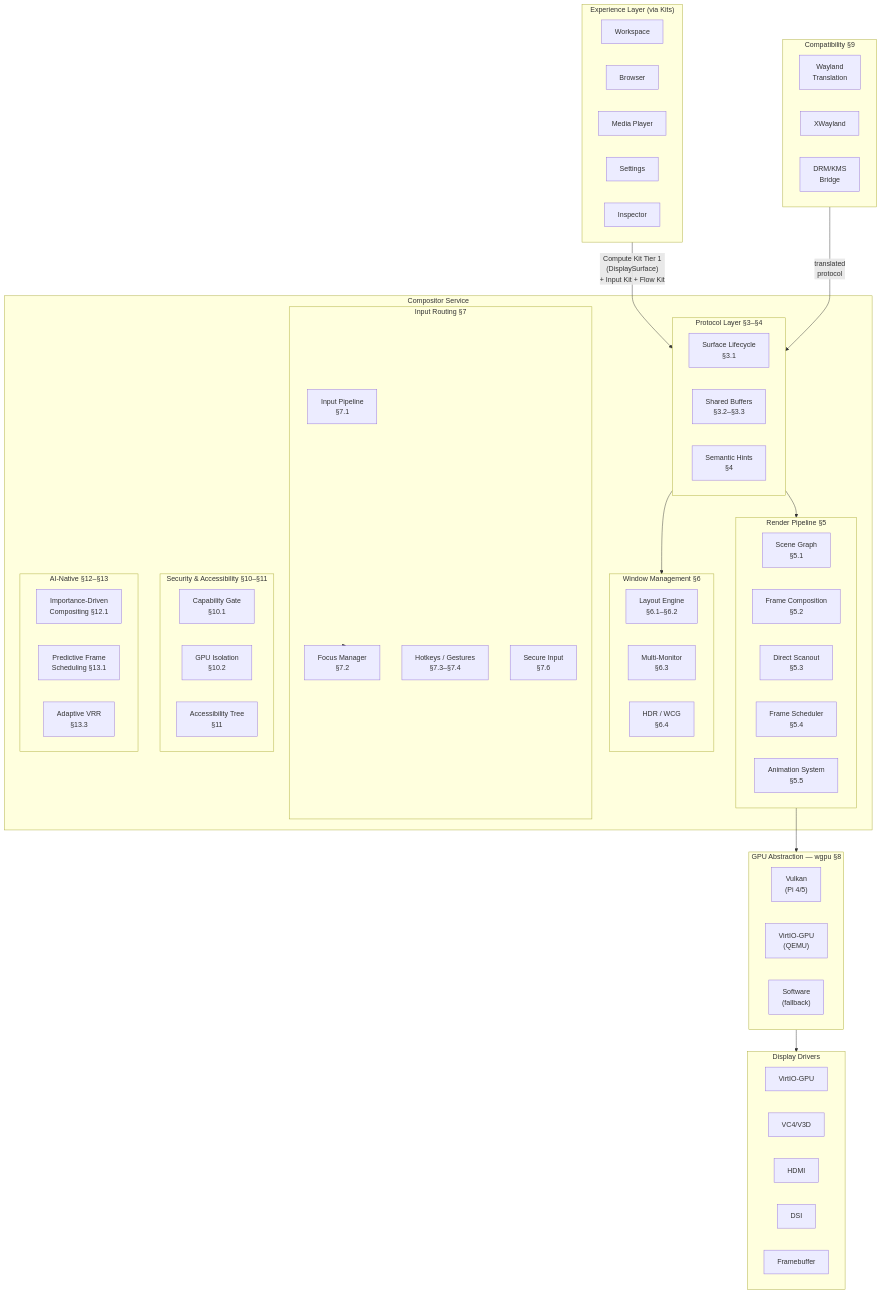
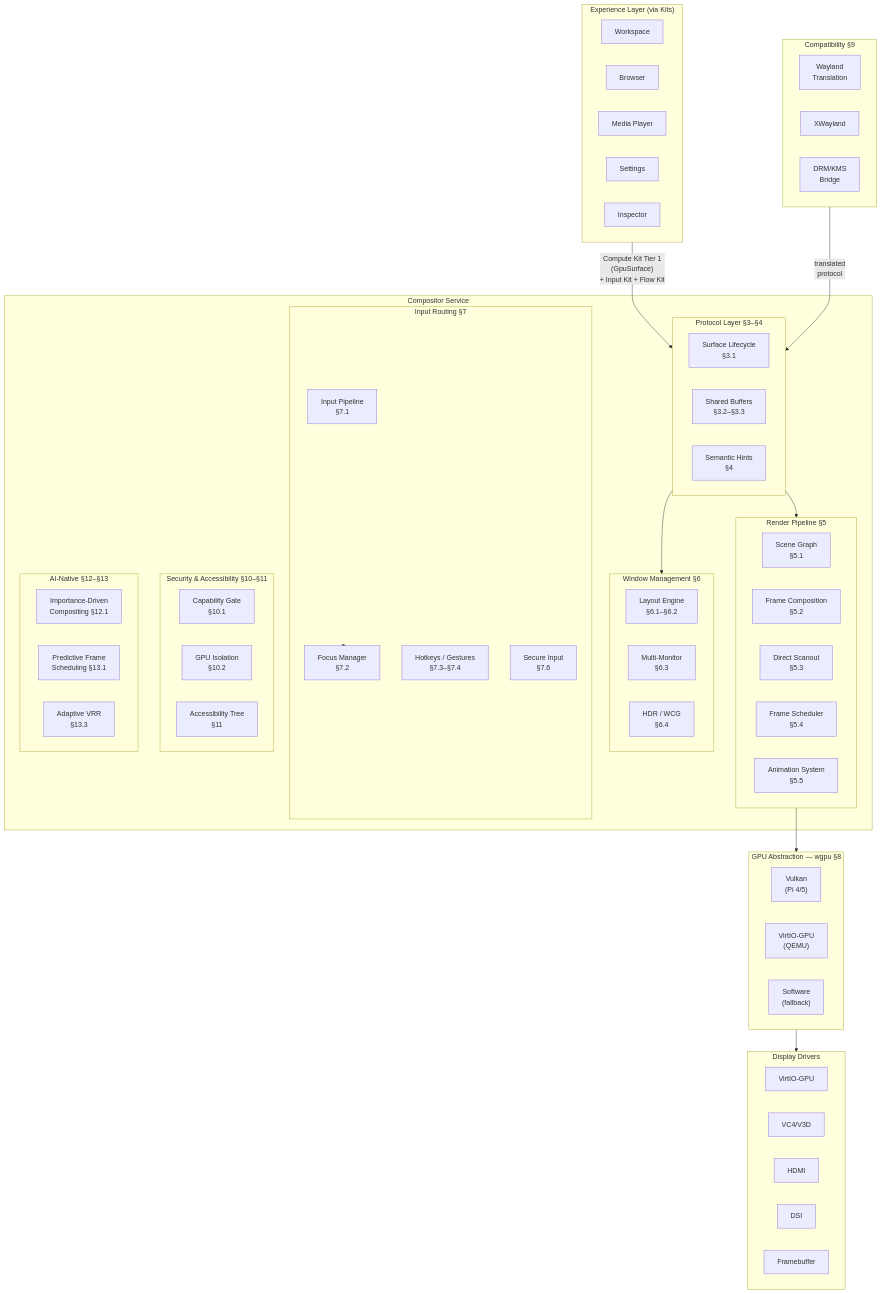
Before and after one commit to juslee/aios: the diagram in docs/platform/compositor.md, drawn with Mermaid. The commit also changed other lines of this file and 5 other files, not shown here.

```diff
--- a/docs/platform/compositor.md
+++ b/docs/platform/compositor.md
@@ -61,7 +61,7 @@
         Inspector
     end
 
-    Experience -->|"Compute Kit Tier 1\n(DisplaySurface)\n+ Input Kit + Flow Kit"| Protocol
+    Experience -->|"Compute Kit Tier 1\n(GpuSurface)\n+ Input Kit + Flow Kit"| Protocol
 
     subgraph Compositor["Compositor Service"]
         subgraph Protocol["Protocol Layer §3–§4"]
```
